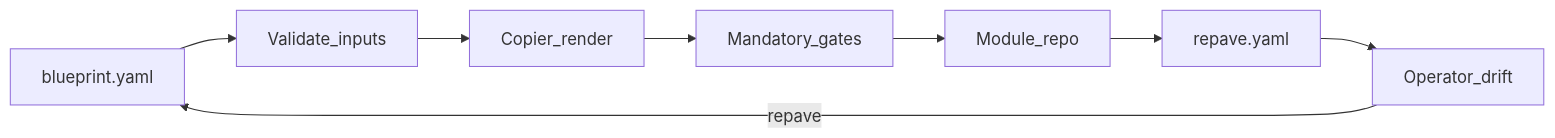
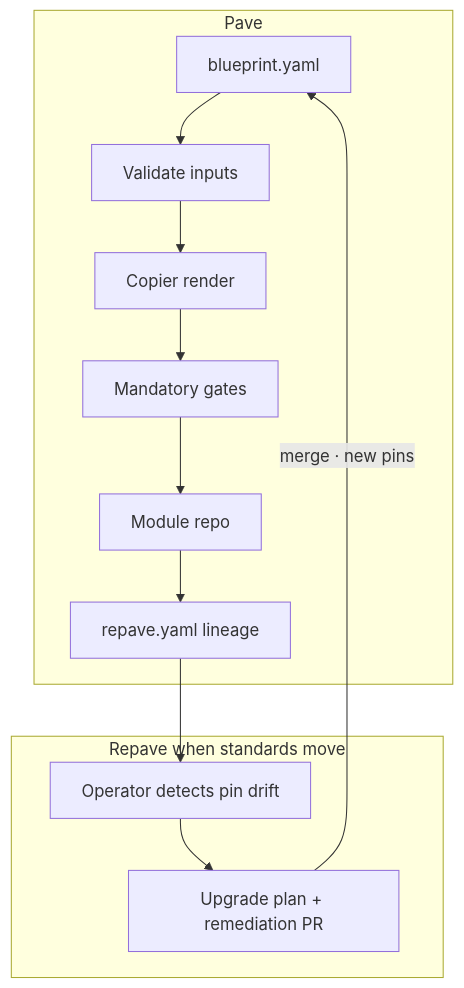
One commit to opsdevcode/repave changed the second of 3 diagrams in docs/concepts.md. Above: the diagram before and after it, drawn with Mermaid. The commit also changed other lines of this file and 2 other files, not shown here.

First line of the commit message:
docs: enrich IDP mermaid diagrams for pave and repave

````diff
--- a/docs/concepts.md
+++ b/docs/concepts.md
@@ -31,10 +66,16 @@
 ```mermaid
-flowchart LR
-  Blueprint[blueprint.yaml] --> Validate[Validate_inputs]
-  Validate --> Render[Copier_render]
-  Render --> Gates[Mandatory_gates]
-  Gates --> Publish[Module_repo]
-  Publish --> Provenance[repave.yaml]
-  Provenance --> Drift[Operator_drift]
-  Drift -->|repave| Blueprint
+flowchart TB
+  subgraph pave [Pave]
+    Blueprint["blueprint.yaml"] --> Validate["Validate inputs"]
+    Validate --> Render["Copier render"]
+    Render --> Gates["Mandatory gates"]
+    Gates --> Publish["Module repo"]
+    Publish --> Provenance["repave.yaml lineage"]
+  end
+
+  subgraph repaveLoop [Repave when standards move]
+    Provenance --> Drift["Operator detects pin drift"]
+    Drift --> Plan["Upgrade plan + remediation PR"]
+    Plan -->|"merge · new pins"| Blueprint
+  end
 ```
````
